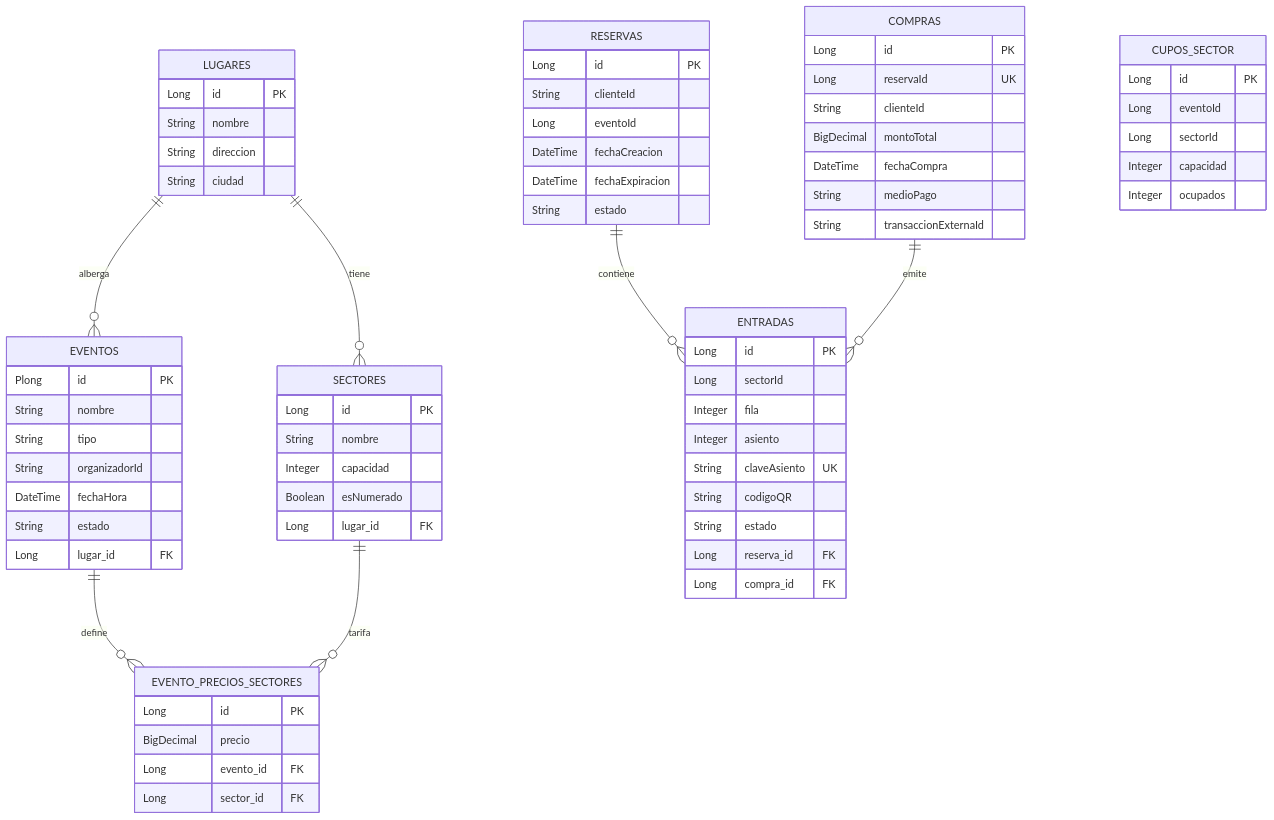
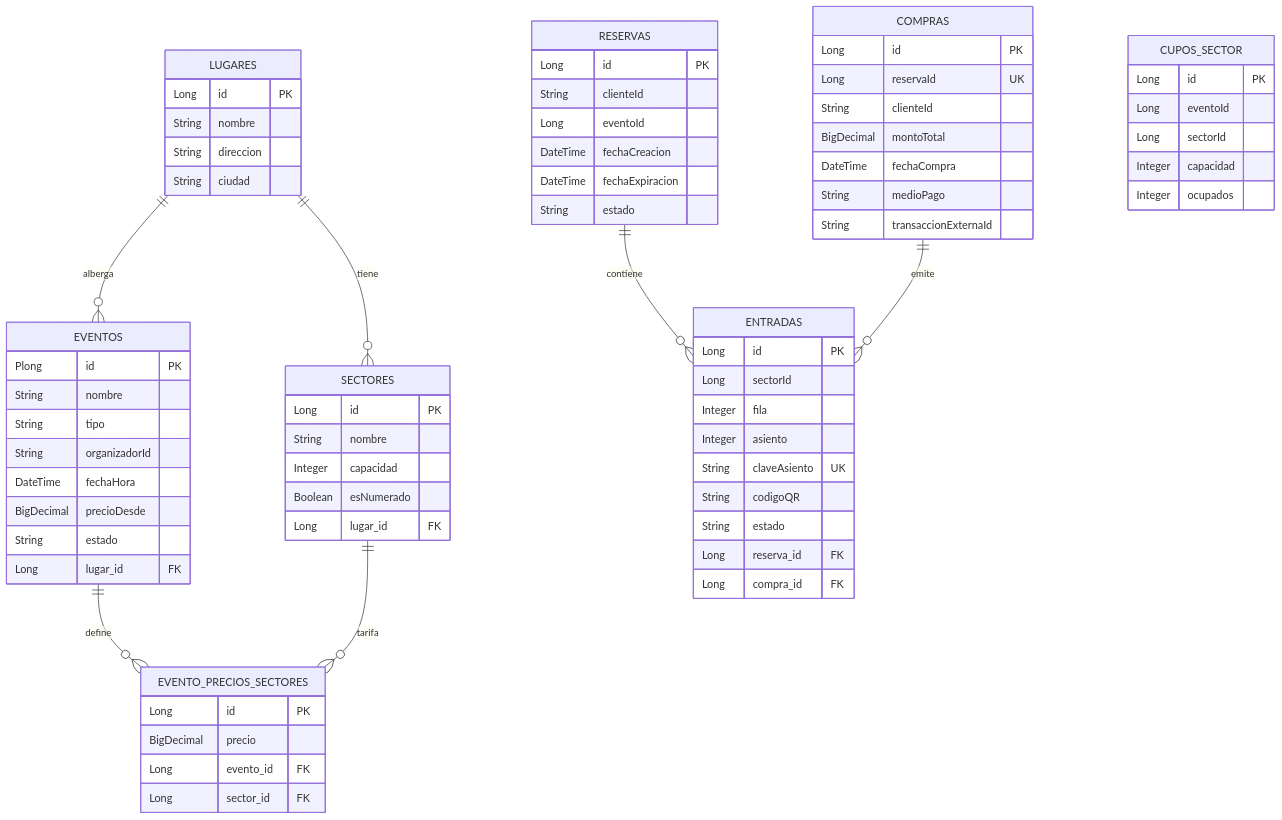
The third of 4 diagrams in docs/arquitectura.md (BrandonPenna/GrupoArqui), drawn with Mermaid before and after one commit. The commit also changed other lines of this file and 18 other files, not shown here.

````diff
--- a/docs/arquitectura.md
+++ b/docs/arquitectura.md
@@ -78,81 +78,82 @@
 ```mermaid
 erDiagram
     LUGARES ||--o{ SECTORES : tiene
     LUGARES ||--o{ EVENTOS : alberga
     EVENTOS ||--o{ EVENTO_PRECIOS_SECTORES : define
     SECTORES ||--o{ EVENTO_PRECIOS_SECTORES : tarifa
 
     LUGARES {
         Long id PK
         String nombre
         String direccion
         String ciudad
     }
 
     SECTORES {
         Long id PK
         String nombre
         Integer capacidad
         Boolean esNumerado
         Long lugar_id FK
     }
 
     EVENTOS {
         Plong id PK
         String nombre
         String tipo
         String organizadorId
         DateTime fechaHora
+        BigDecimal precioDesde
         String estado
         Long lugar_id FK
     }
 
     EVENTO_PRECIOS_SECTORES {
         Long id PK
         BigDecimal precio
         Long evento_id FK
         Long sector_id FK
     }
 
     RESERVAS ||--o{ ENTRADAS : contiene
     COMPRAS ||--o{ ENTRADAS : emite
 
     RESERVAS {
         Long id PK
         String clienteId
         Long eventoId
         DateTime fechaCreacion
         DateTime fechaExpiracion
         String estado
     }
 
     ENTRADAS {
         Long id PK
         Long sectorId
         Integer fila
         Integer asiento
         String claveAsiento UK
         String codigoQR
         String estado
         Long reserva_id FK
         Long compra_id FK
     }
 
     COMPRAS {
         Long id PK
         Long reservaId UK
         String clienteId
         BigDecimal montoTotal
         DateTime fechaCompra
         String medioPago
         String transaccionExternaId
     }
 
     CUPOS_SECTOR {
         Long id PK
         Long eventoId
         Long sectorId
         Integer capacidad
         Integer ocupados
     }
 ```
````
